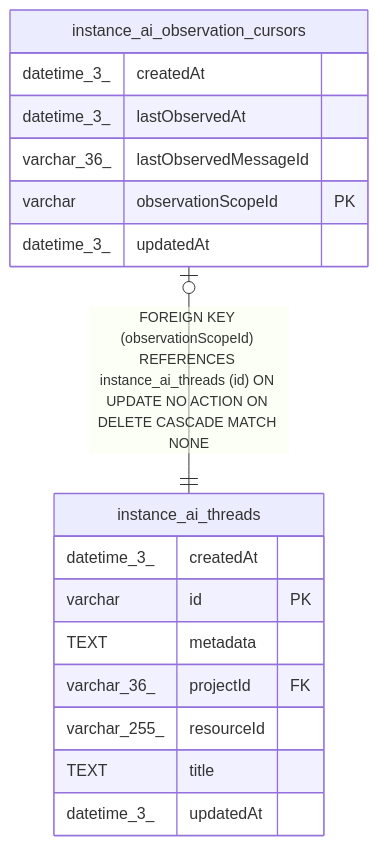
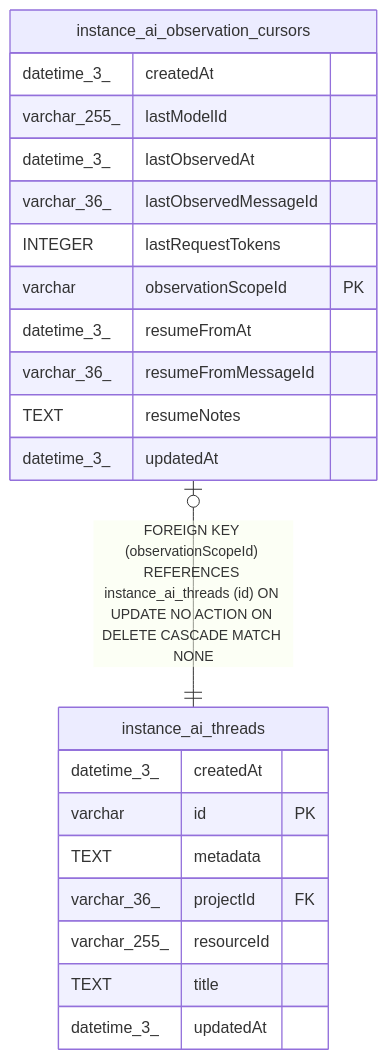
One commit to koreatest12/studys changed the diagram in n8n_integration/n8n_source/docs/generated/sqlite-schema/instance_ai_observation_cursors.md. Above: the diagram before and after it, drawn with Mermaid. The commit also changed other lines of this file and 23019 other files, not shown here.

````diff
--- a/n8n_integration/n8n_source/docs/generated/sqlite-schema/instance_ai_observation_cursors.md
+++ b/n8n_integration/n8n_source/docs/generated/sqlite-schema/instance_ai_observation_cursors.md
@@ -40,22 +45,27 @@
 ```mermaid
 erDiagram
 
 "instance_ai_observation_cursors" |o--|| "instance_ai_threads" : "FOREIGN KEY (observationScopeId) REFERENCES instance_ai_threads (id) ON UPDATE NO ACTION ON DELETE CASCADE MATCH NONE"
 
 "instance_ai_observation_cursors" {
   datetime_3_ createdAt
+  varchar_255_ lastModelId
   datetime_3_ lastObservedAt
   varchar_36_ lastObservedMessageId
+  INTEGER lastRequestTokens
   varchar observationScopeId PK
+  datetime_3_ resumeFromAt
+  varchar_36_ resumeFromMessageId
+  TEXT resumeNotes
   datetime_3_ updatedAt
 }
 "instance_ai_threads" {
   datetime_3_ createdAt
   varchar id PK
   TEXT metadata
   varchar_36_ projectId FK
   varchar_255_ resourceId
   TEXT title
   datetime_3_ updatedAt
 }
 ```
````
